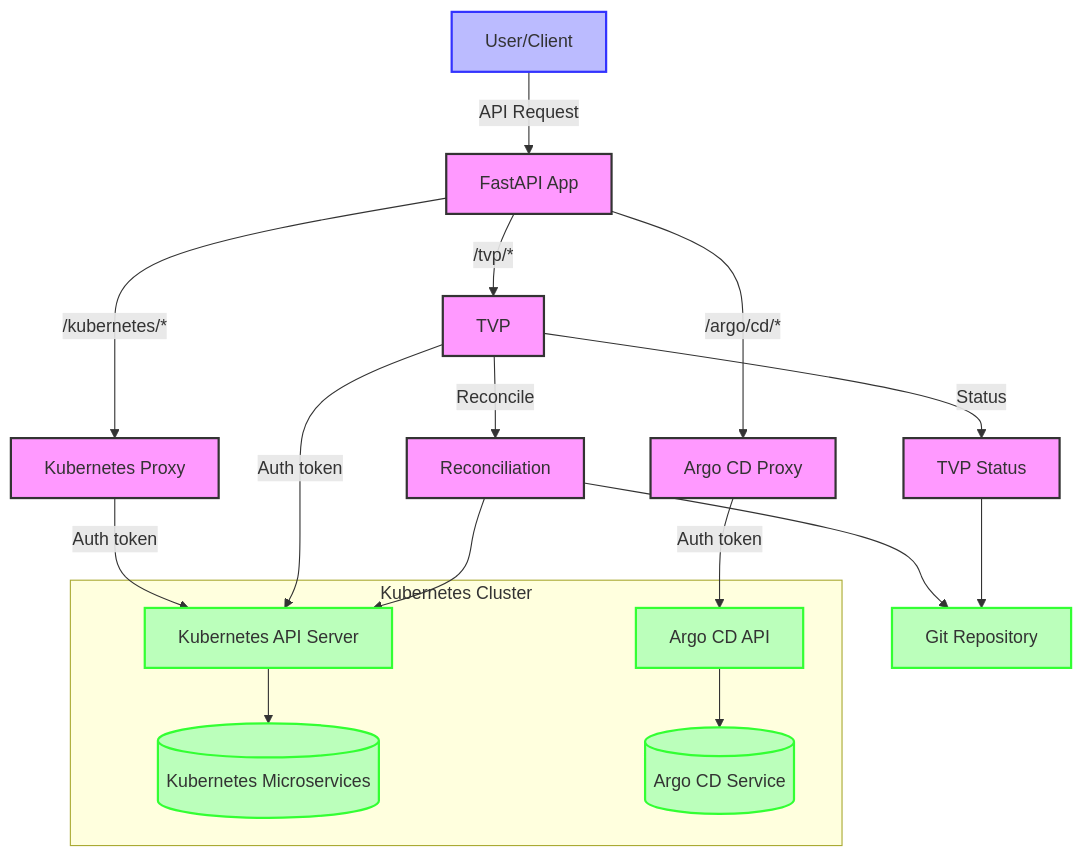
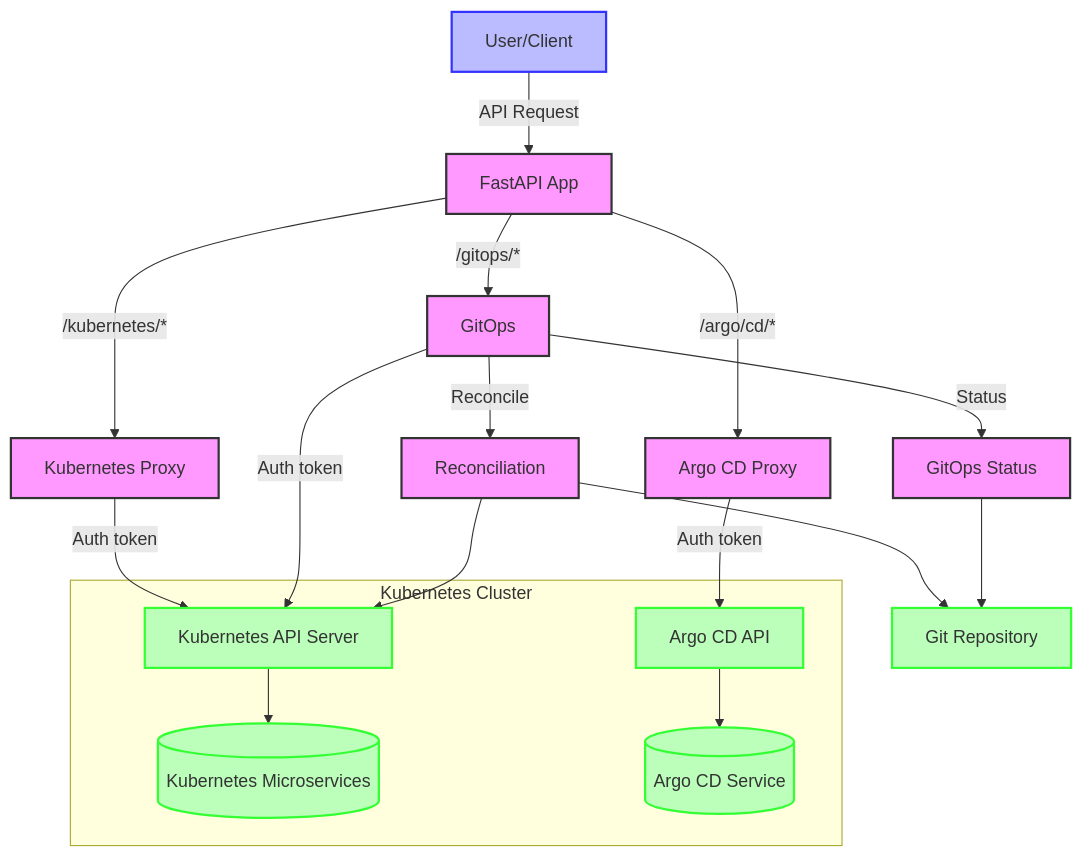
One commit to lloydchang/tvp-k8s changed the fifth of 11 diagrams in README.md. Above: the diagram before and after it, drawn with Mermaid. The commit also changed other lines of this file and 15 other files, not shown here.

````diff
--- a/README.md
+++ b/README.md
@@ -515,30 +515,30 @@
 ```mermaid
 flowchart TD
     User[User/Client] -->|API Request| API[FastAPI App]
     
     API -->|/kubernetes/*| KP[Kubernetes Proxy]
     API -->|/argo/cd/*| AP[Argo CD Proxy]
-    API -->|/tvp/*| TVP[TVP]
+    API -->|/gitops/*| GitOps[GitOps]
         
-    TVP -->|Status| TS[TVP Status]
-    TVP -->|Reconcile| R[Reconciliation]
+    GitOps -->|Status| TS[GitOps Status]
+    GitOps -->|Reconcile| R[Reconciliation]
     
     TS --> Git[Git Repository]
     R --> Git
     R --> KA
-    TVP -->|Auth token| KA[Kubernetes API Server]
+    GitOps -->|Auth token| KA[Kubernetes API Server]
     KP -->|Auth token| KA[Kubernetes API Server]
     AP -->|Auth token| AA[Argo CD API]
     subgraph "Kubernetes Cluster"
         KA --> Kubernetes[(Kubernetes Microservices)]
         AA --> ArgoCD[(Argo CD Service)]
     end
 
     classDef user fill:#bbf,stroke:#33f,stroke-width:2px
     classDef app fill:#f9f,stroke:#333,stroke-width:2px
     classDef external fill:#bfb,stroke:#3f3,stroke-width:2px
     
     class User user
-    class API,KP,AP,TVP,TS,R app
+    class API,KP,AP,GitOps,TS,R app
     class Kubernetes,ArgoCD,Git,KA,AA,Auth external
 ```
````
